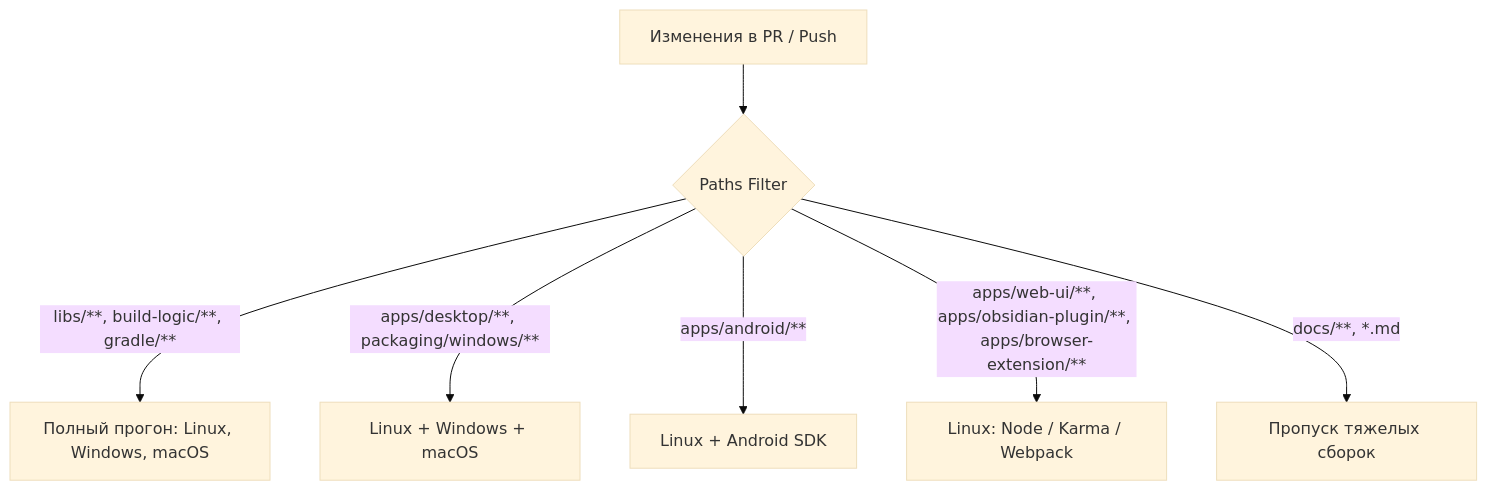
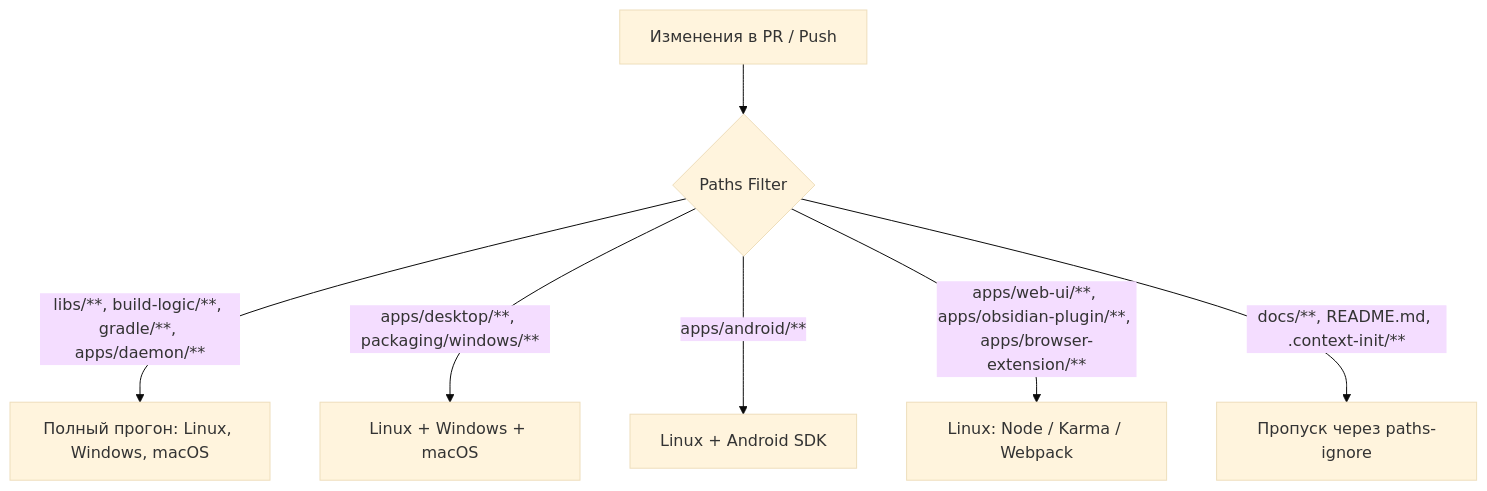
Before and after one commit to gidragir/mimir: the diagram in docs/superpowers/specs/2026-11-04-monorepo-structure-and-ci-pipeline-design.md, drawn with Mermaid (base theme). The commit also changed other lines of this file and 45 other files, not shown here.

Commit message:
ci: add paths-filter selective matrix and update module docs

````diff
--- a/docs/superpowers/specs/2026-11-04-monorepo-structure-and-ci-pipeline-design.md
+++ b/docs/superpowers/specs/2026-11-04-monorepo-structure-and-ci-pipeline-design.md
@@ -306,10 +334,10 @@
 ```mermaid
 flowchart TD
     Change[Изменения в PR / Push] --> Filter{Paths Filter}
     
-    Filter -->|libs/**, build-logic/**, gradle/**| FullMatrix[Полный прогон: Linux, Windows, macOS]
+    Filter -->|libs/**, build-logic/**, gradle/**, apps/daemon/**| FullMatrix[Полный прогон: Linux, Windows, macOS]
     Filter -->|apps/desktop/**, packaging/windows/**| DesktopMatrix[Linux + Windows + macOS]
     Filter -->|apps/android/**| AndroidRun[Linux + Android SDK]
     Filter -->|apps/web-ui/**, apps/obsidian-plugin/**, apps/browser-extension/**| LinuxJSRun[Linux: Node / Karma / Webpack]
-    Filter -->|docs/**, *.md| SkipAll[Пропуск тяжелых сборок]
+    Filter -->|docs/**, README.md, .context-init/**| SkipAll[Пропуск через paths-ignore]
 ```
````
